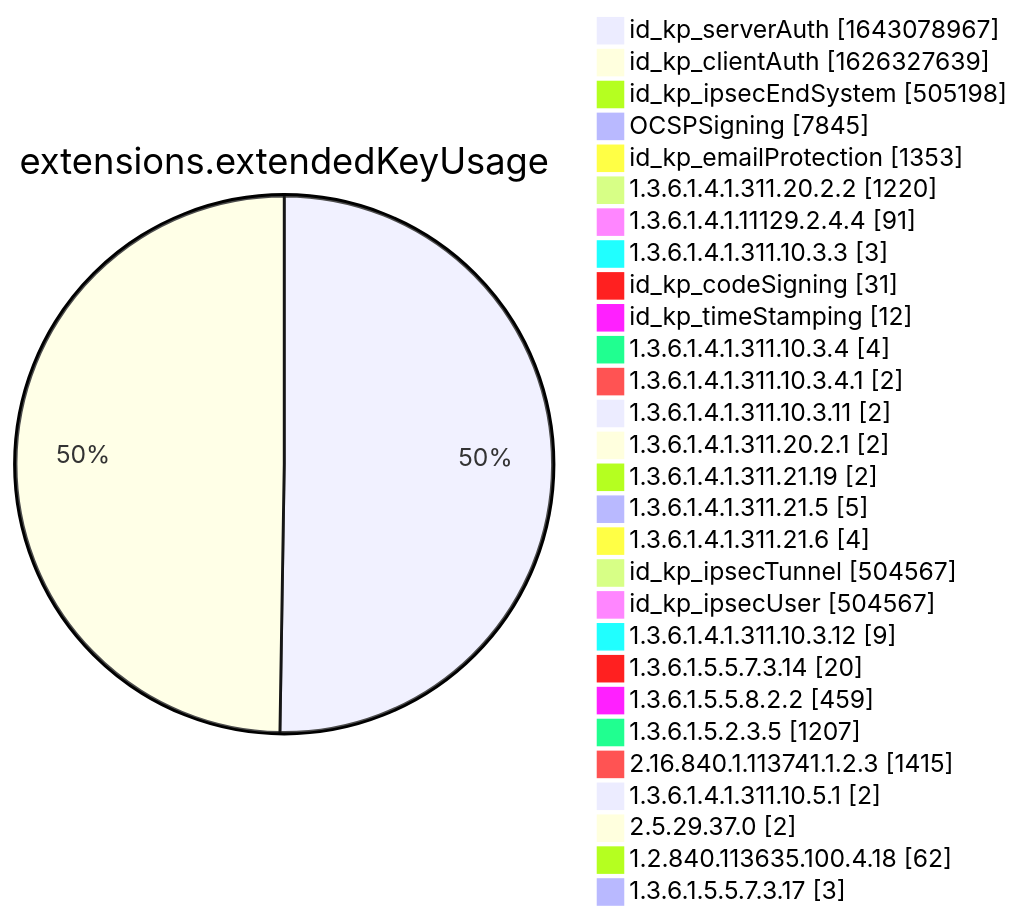
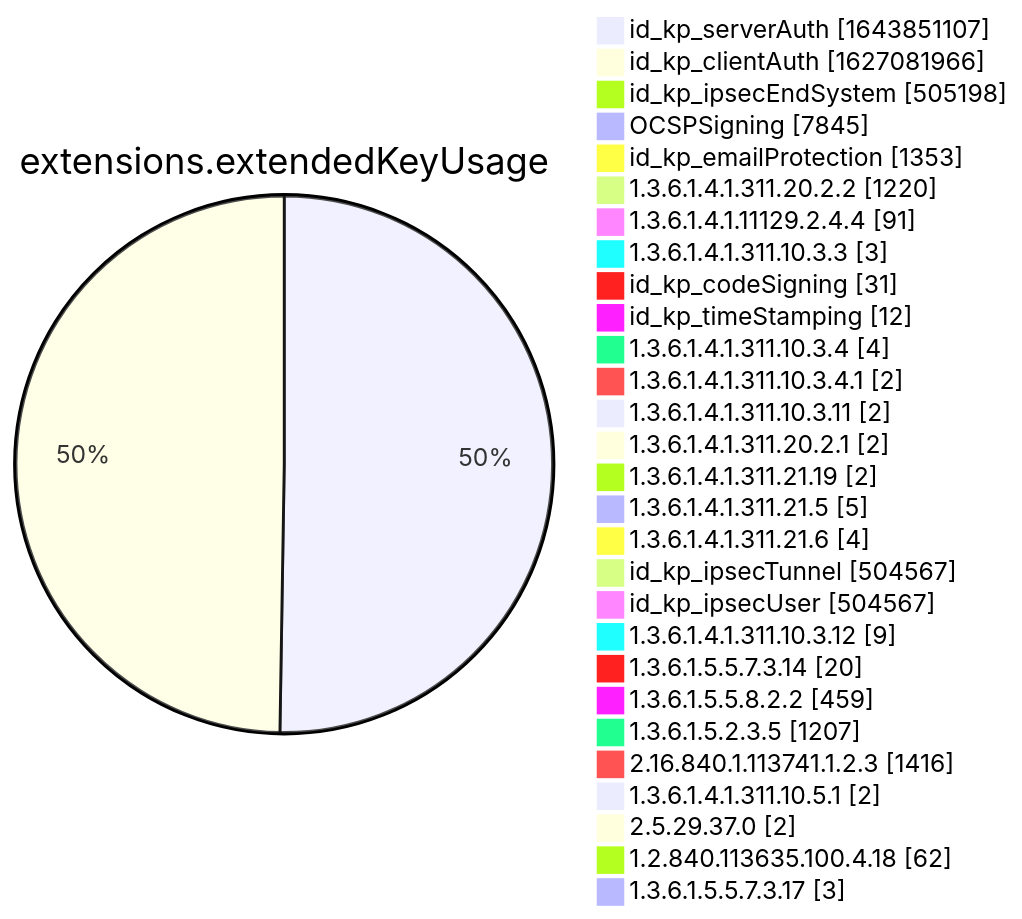
Before and after one commit to christiankrug/ctmonitor_visualization: diagram 12 of 15 in xenon2022/README.md, drawn with Mermaid. The commit also changed other lines of this file, not shown here.

````diff
--- a/xenon2022/README.md
+++ b/xenon2022/README.md
@@ -3886,32 +3886,32 @@
 ```mermaid
 pie showData
 title extensions.extendedKeyUsage
-"id_kp_serverAuth" :1643078967
-"id_kp_clientAuth" :1626327639
+"id_kp_serverAuth" :1643851107
+"id_kp_clientAuth" :1627081966
 "id_kp_ipsecEndSystem" :505198
 "OCSPSigning" :7845
 "id_kp_emailProtection" :1353
 "1.3.6.1.4.1.311.20.2.2" :1220
 "1.3.6.1.4.1.11129.2.4.4" :91
 "1.3.6.1.4.1.311.10.3.3" :3
 "id_kp_codeSigning" :31
 "id_kp_timeStamping" :12
 "1.3.6.1.4.1.311.10.3.4" :4
 "1.3.6.1.4.1.311.10.3.4.1" :2
 "1.3.6.1.4.1.311.10.3.11" :2
 "1.3.6.1.4.1.311.20.2.1" :2
 "1.3.6.1.4.1.311.21.19" :2
 "1.3.6.1.4.1.311.21.5" :5
 "1.3.6.1.4.1.311.21.6" :4
 "id_kp_ipsecTunnel" :504567
 "id_kp_ipsecUser" :504567
 "1.3.6.1.4.1.311.10.3.12" :9
 "1.3.6.1.5.5.7.3.14" :20
 "1.3.6.1.5.5.8.2.2" :459
 "1.3.6.1.5.2.3.5" :1207
-"2.16.840.1.113741.1.2.3" :1415
+"2.16.840.1.113741.1.2.3" :1416
 "1.3.6.1.4.1.311.10.5.1" :2
 "2.5.29.37.0" :2
 "1.2.840.113635.100.4.18" :62
 "1.3.6.1.5.5.7.3.17" :3
 ```
````
